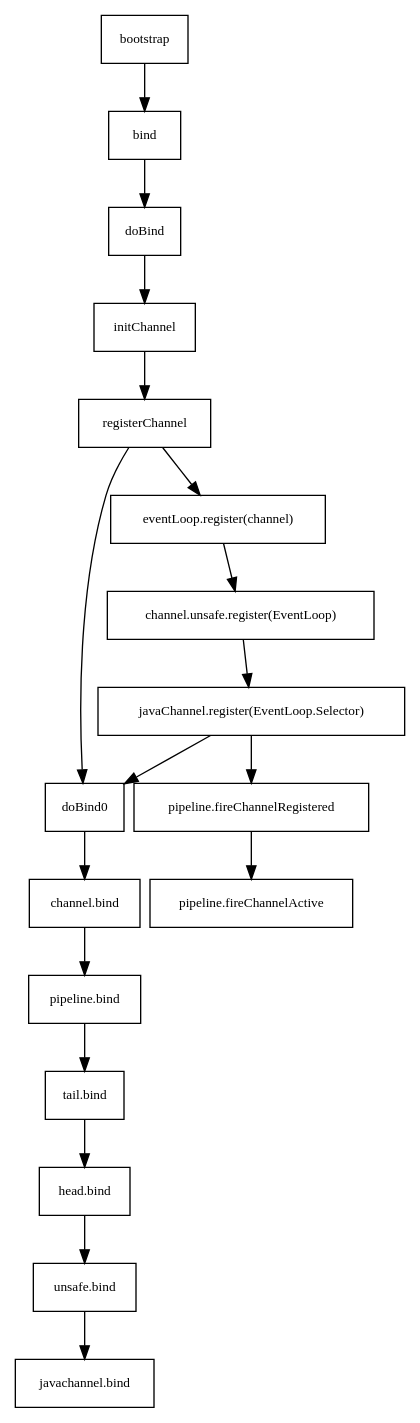
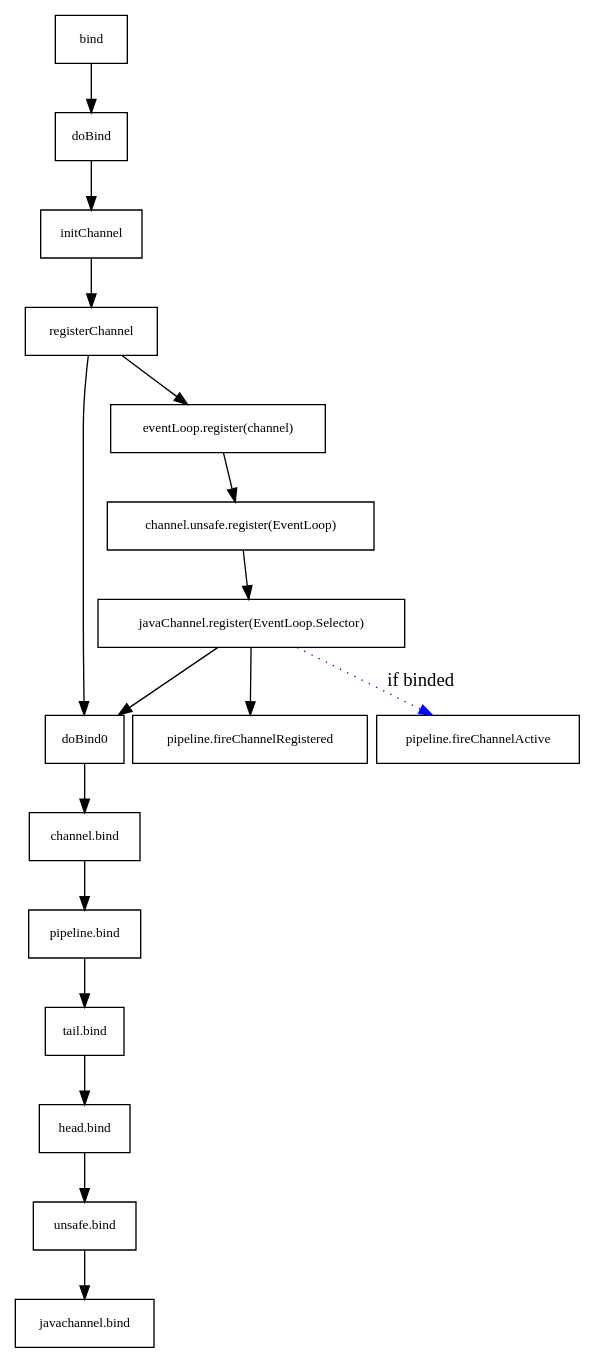
The first of 3 diagrams in org/articles/Java/2015-02-21-netty-boostrap.org (ChinaXing/chinaxing.github.com), drawn with Graphviz before and after one commit. The commit also changed other lines of this file and 137 other files, not shown here.

```diff
--- a/org/articles/Java/2015-02-21-netty-boostrap.org
+++ b/org/articles/Java/2015-02-21-netty-boostrap.org
@@ -45,10 +45,11 @@
 #+BEGIN_SRC dot :file ../../img/netty-bootstrap-server-bind.png :cmdline -T png -Gdpi=300 :eval no-export :exports none
 digraph bind {
 	node [shape = box , fontsize = 10]
         nodesep = 0.1
         fontsize = 10
-        bootstrap -> bind -> doBind -> initChannel -> registerChannel -> doBind0 -> "channel.bind" -> "pipeline.bind" -> "tail.bind" -> "head.bind" -> "unsafe.bind" -> "javachannel.bind"
+        bind -> doBind -> initChannel -> registerChannel -> doBind0 -> "channel.bind" -> "pipeline.bind" -> "tail.bind" -> "head.bind" -> "unsafe.bind" -> "javachannel.bind"
         registerChannel -> "eventLoop.register(channel)" -> "channel.unsafe.register(EventLoop)" -> "javaChannel.register(EventLoop.Selector)" -> doBind0
-        "javaChannel.register(EventLoop.Selector)" -> "pipeline.fireChannelRegistered" -> "pipeline.fireChannelActive"
+        "javaChannel.register(EventLoop.Selector)" -> "pipeline.fireChannelRegistered"
+        "javaChannel.register(EventLoop.Selector)" -> "pipeline.fireChannelActive" [ style = dotted, color = blue , label = "if binded" ] 
 }
 #+END_SRC
```
